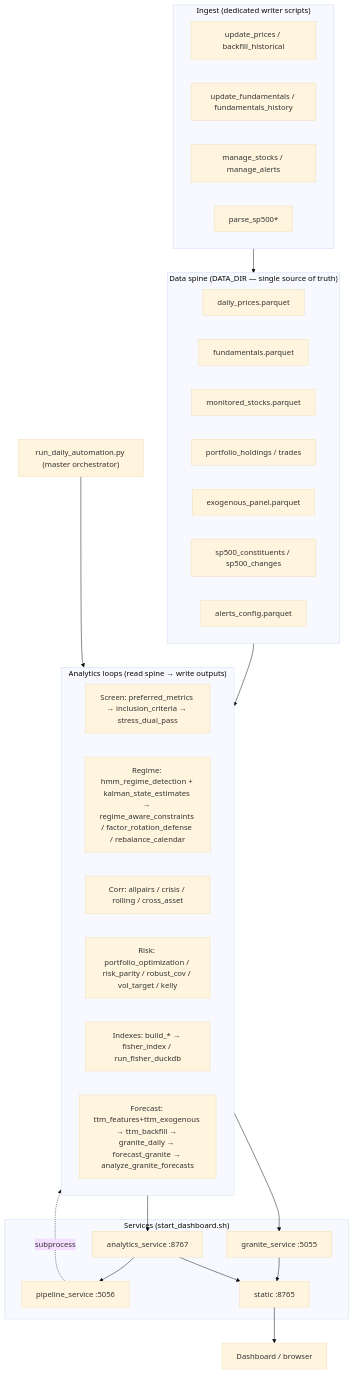
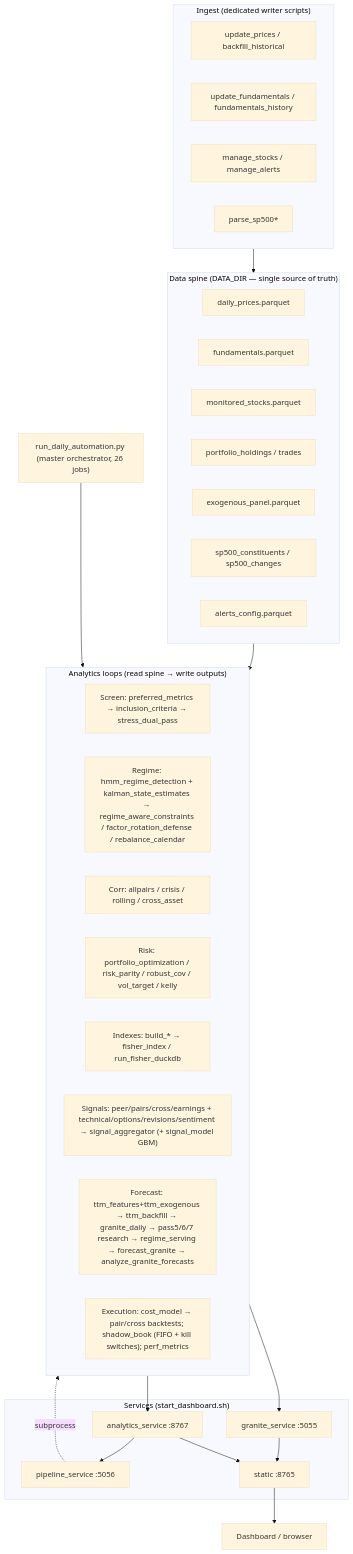
The diagram in docs/SYSTEM_ORCHESTRATION.md (derekm/stock_monitor), drawn with Mermaid (base theme) before and after one commit. The commit also changed other lines of this file and 2 other files, not shown here.

````diff
--- a/docs/SYSTEM_ORCHESTRATION.md
+++ b/docs/SYSTEM_ORCHESTRATION.md
@@ -7,48 +7,50 @@
 ```mermaid
 flowchart TB
   subgraph SPINE["Data spine (DATA_DIR — single source of truth)"]
     DP[daily_prices.parquet]
     FUND[fundamentals.parquet]
     MS[monitored_stocks.parquet]
     HOLD[portfolio_holdings / trades]
     EXO[exogenous_panel.parquet]
     SP[sp500_constituents / sp500_changes]
     ALERT[alerts_config.parquet]
   end
 
   subgraph INGEST["Ingest (dedicated writer scripts)"]
     UP[update_prices / backfill_historical]
     UF[update_fundamentals / fundamentals_history]
     MG[manage_stocks / manage_alerts]
     PS[parse_sp500*]
   end
 
   subgraph LOOPS["Analytics loops (read spine → write outputs)"]
     SCR["Screen: preferred_metrics → inclusion_criteria → stress_dual_pass"]
     REG["Regime: hmm_regime_detection + kalman_state_estimates → regime_aware_constraints / factor_rotation_defense / rebalance_calendar"]
     CORR["Corr: allpairs / crisis / rolling / cross_asset"]
     RISK["Risk: portfolio_optimization / risk_parity / robust_cov / vol_target / kelly"]
     IDX["Indexes: build_* → fisher_index / run_fisher_duckdb"]
-    FC["Forecast: ttm_features+ttm_exogenous → ttm_backfill → granite_daily → forecast_granite → analyze_granite_forecasts"]
+    SIG["Signals: peer/pairs/cross/earnings + technical/options/revisions/sentiment → signal_aggregator (+ signal_model GBM)"]
+    FC["Forecast: ttm_features+ttm_exogenous → ttm_backfill → granite_daily → pass5/6/7 research → regime_serving → forecast_granite → analyze_granite_forecasts"]
+    EXEC["Execution: cost_model → pair/cross backtests; shadow_book (FIFO + kill switches); perf_metrics"]
   end
 
   subgraph SVC["Services (start_dashboard.sh)"]
     GS["granite_service :5055"]
     PSVC["pipeline_service :5056"]
     AS["analytics_service :8767"]
     WEB["static :8765"]
   end
 
   BROWSER["Dashboard / browser"]
 
   INGEST --> SPINE
   SPINE --> LOOPS
   LOOPS --> GS
   LOOPS --> AS
   AS --> PSVC
   PSVC -.subprocess.-> LOOPS
   GS --> WEB
   AS --> WEB
   WEB --> BROWSER
-  RUN["run_daily_automation.py (master orchestrator)"] --> LOOPS
+  RUN["run_daily_automation.py (master orchestrator, 26 jobs)"] --> LOOPS
 ```
````
